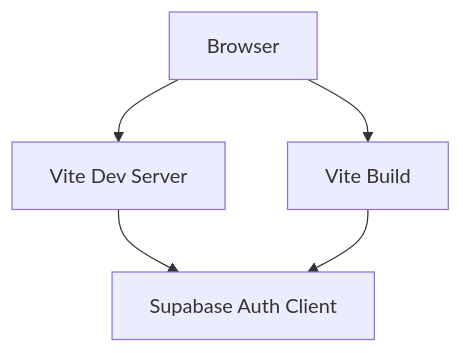
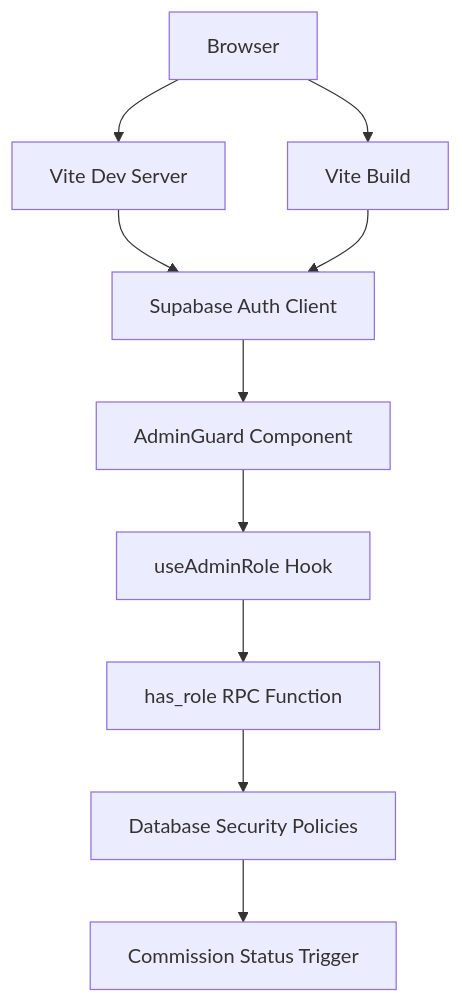
Before and after one commit to Hawky1/ryland: the second of 4 diagrams in .qoder/repowiki/en/content/Security & Compliance.md, drawn with Mermaid. The commit also changed other lines of this file and 26 other files, not shown here.

Commit message:
Admin enhancements: useAdminRole retry logic, AdminLeadDetailDrawer, AdminAffiliateDetail page, sidebar updates

````diff
--- a/.qoder/repowiki/en/content/Security & Compliance.md
+++ b/.qoder/repowiki/en/content/Security & Compliance.md
@@ -93,11 +134,21 @@
 ```mermaid
 graph TB
 Browser["Browser"]
 ViteDev["Vite Dev Server"]
 Build["Vite Build"]
 Supabase["Supabase Auth Client"]
+AdminGuard["AdminGuard Component"]
+useAdminRole["useAdminRole Hook"]
+RPC["has_role RPC Function"]
+DatabasePolicies["Database Security Policies"]
+Trigger["Commission Status Trigger"]
 Browser --> ViteDev
 Browser --> Build
 ViteDev --> Supabase
 Build --> Supabase
+Supabase --> AdminGuard
+AdminGuard --> useAdminRole
+useAdminRole --> RPC
+RPC --> DatabasePolicies
+DatabasePolicies --> Trigger
 ```
````
